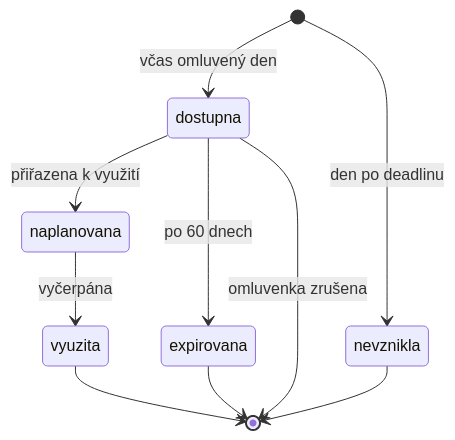
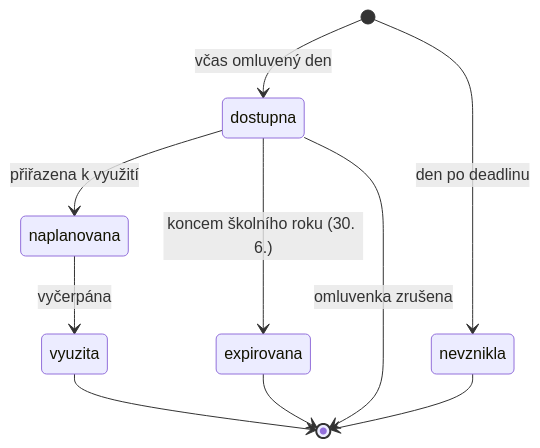
One commit to chotenovskalenka/intraweb-prototype changed the fifth of 7 diagrams in docs/flows.md. Above: the diagram before and after it, drawn with Mermaid. The commit also changed other lines of this file and 4 other files, not shown here.

````diff
--- a/docs/flows.md
+++ b/docs/flows.md
@@ -112,12 +112,12 @@
 ```mermaid
 stateDiagram-v2
   [*] --> dostupna: včas omluvený den
   [*] --> nevznikla: den po deadlinu
   dostupna --> naplanovana: přiřazena k využití
   naplanovana --> vyuzita: vyčerpána
-  dostupna --> expirovana: po 60 dnech
+  dostupna --> expirovana: koncem školního roku (30. 6.)
   dostupna --> [*]: omluvenka zrušena
   nevznikla --> [*]
   vyuzita --> [*]
   expirovana --> [*]
 ```
````
